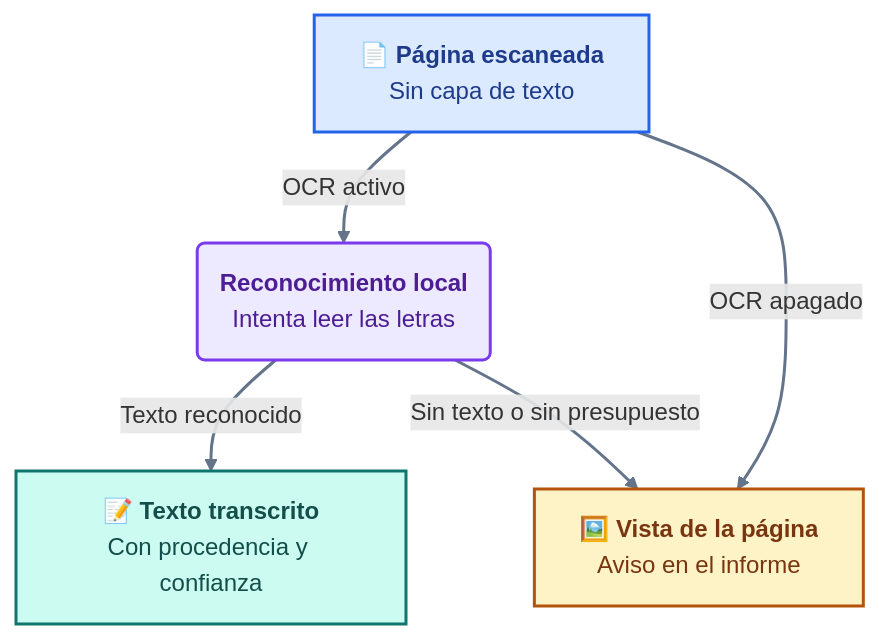
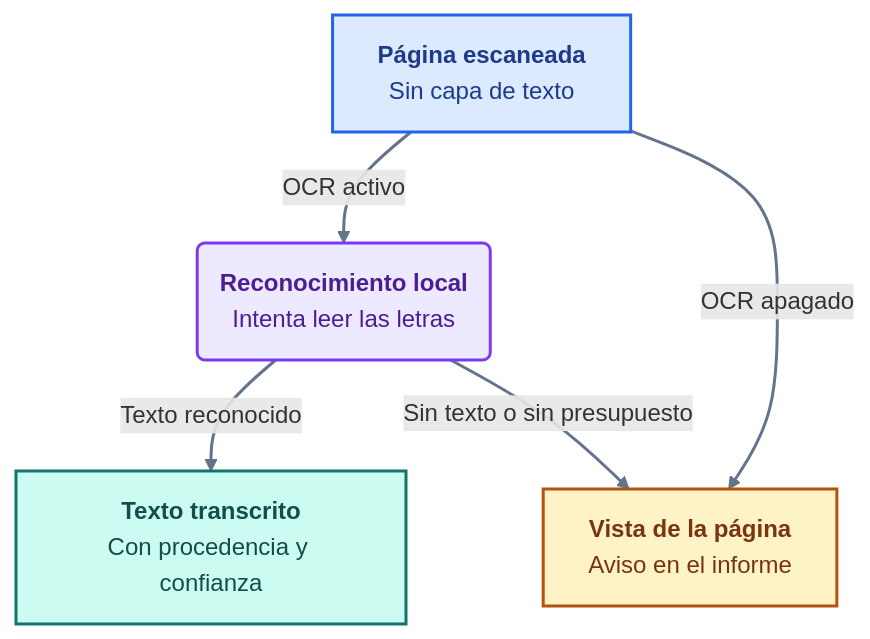
Before and after one commit to jpadillaa/rs_okf_microservice: the seventh of 7 diagrams in README.md, drawn with Mermaid. The commit also changed other lines of this file and 13 other files, not shown here.

First line of the commit message:
Reorganize the documentation and drop renumbered schemas

````diff
--- a/README.md
+++ b/README.md
@@ -382,18 +382,18 @@
 ```mermaid
 flowchart TD
     accTitle: Qué ocurre con una página escaneada
     accDescr: Una página escaneada sin capa de texto se conserva como vista si el OCR está apagado. Con OCR activo se intenta reconocer el texto; si no se consigue o se agota el presupuesto, se conserva la vista y se informa de la pérdida.
-    d7_scan["📄 <b>Página escaneada</b><br/>Sin capa de texto"] -->|OCR activo| d7_ocr("<b>Reconocimiento local</b><br/>Intenta leer las letras")
-    d7_scan -->|OCR apagado| d7_view["🖼️ <b>Vista de la página</b><br/>Aviso en el informe"]
-    d7_ocr -->|Texto reconocido| d7_text["📝 <b>Texto transcrito</b><br/>Con procedencia y confianza"]
+    d7_scan["<b>Página escaneada</b><br/>Sin capa de texto"] -->|OCR activo| d7_ocr("<b>Reconocimiento local</b><br/>Intenta leer las letras")
+    d7_scan -->|OCR apagado| d7_view["<b>Vista de la página</b><br/>Aviso en el informe"]
+    d7_ocr -->|Texto reconocido| d7_text["<b>Texto transcrito</b><br/>Con procedencia y confianza"]
     d7_ocr -->|Sin texto o sin presupuesto| d7_view
     classDef input fill:#DBEAFE,stroke:#2563EB,color:#1E3A8A,stroke-width:2px;
     classDef process fill:#EDE9FE,stroke:#7C3AED,color:#4C1D95,stroke-width:2px;
     classDef output fill:#CCFBF1,stroke:#0F766E,color:#134E4A,stroke-width:2px;
     classDef review fill:#FEF3C7,stroke:#B45309,color:#78350F,stroke-width:2px;
     class d7_scan input;
     class d7_ocr process;
     class d7_text output;
     class d7_view review;
     linkStyle default stroke:#64748B,stroke-width:2px;
 ```
````
